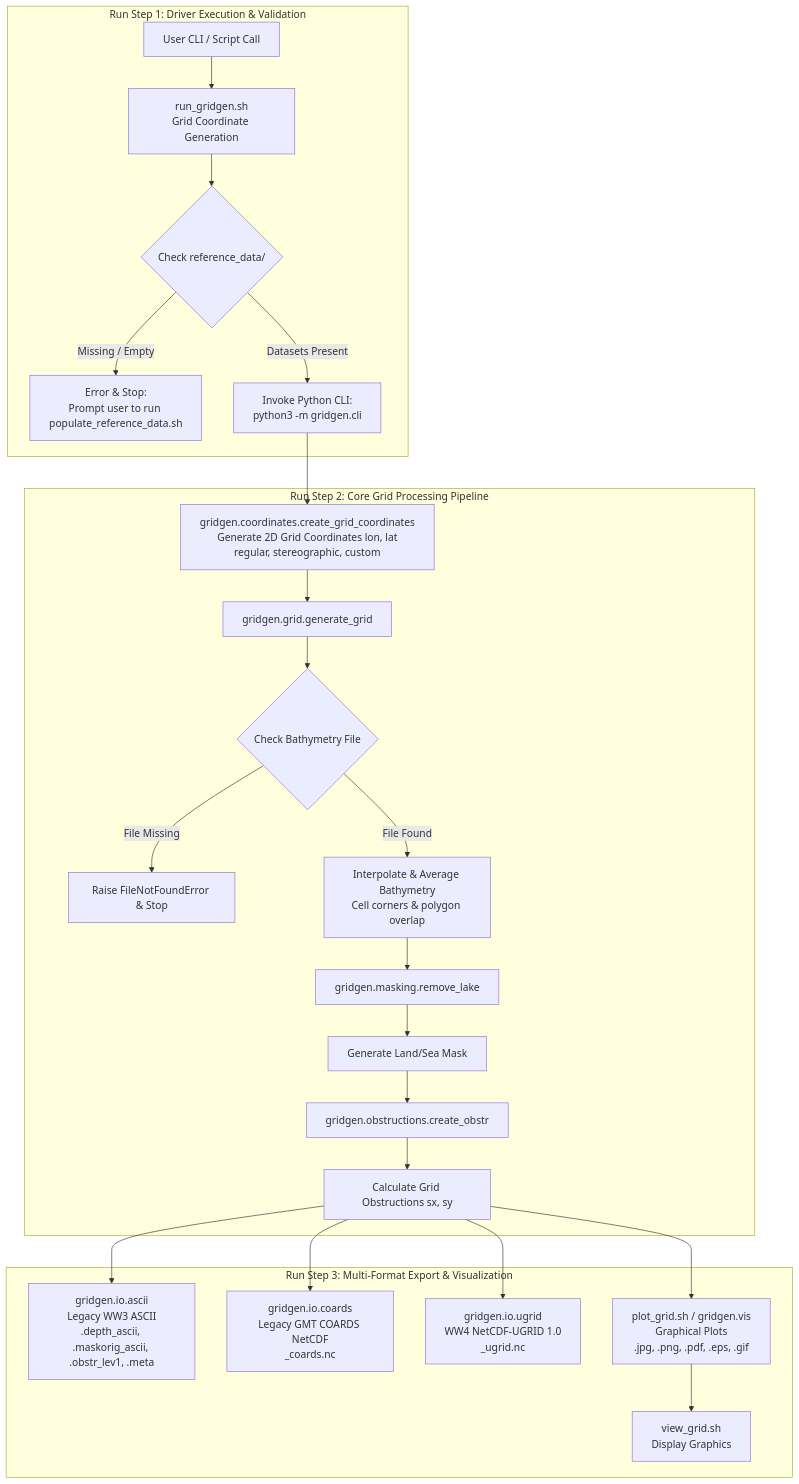
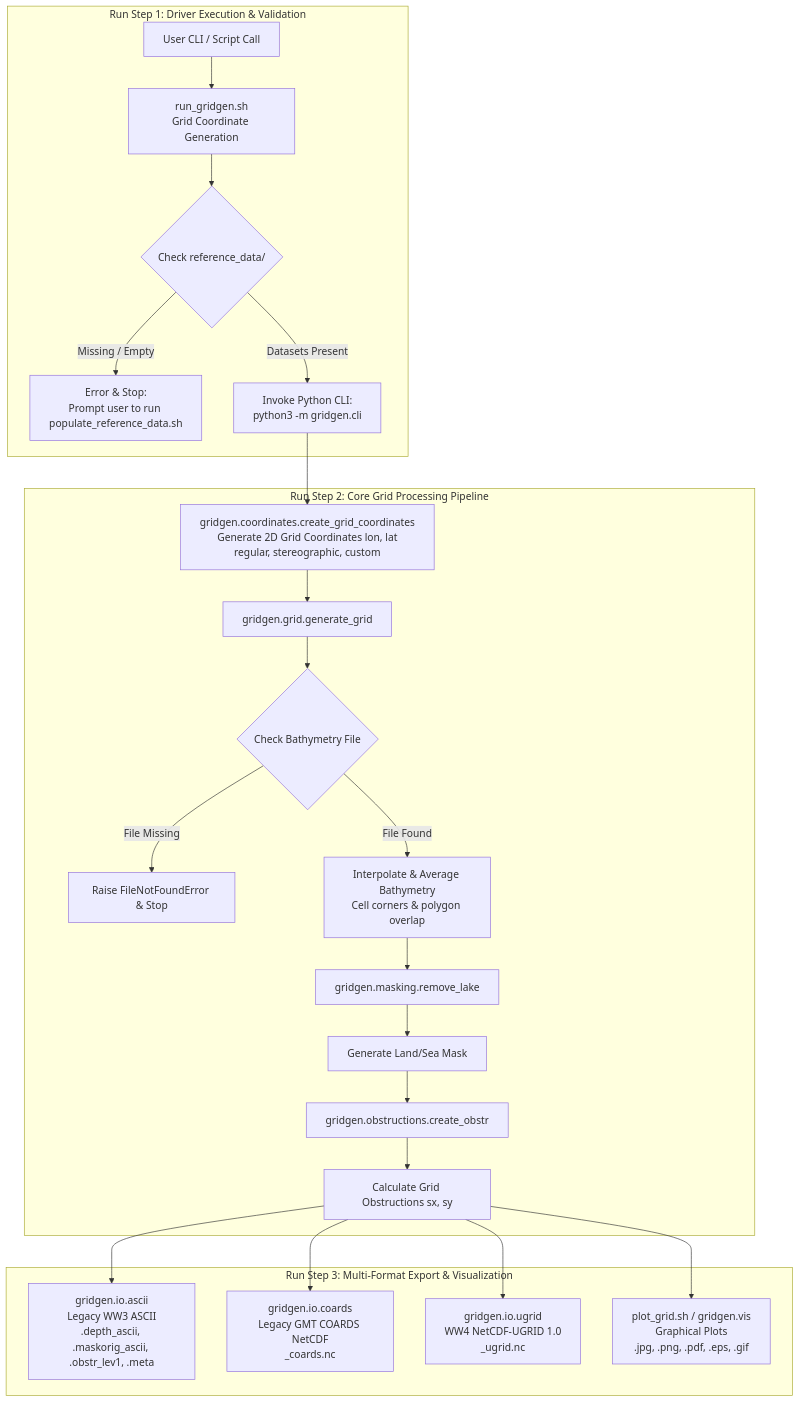
Before and after one commit to HendrikTolman-NOAA/gridgen: the second of 3 diagrams in ARCHITECTURE.md, drawn with Mermaid. The commit also changed other lines of this file and 24 other files, not shown here.

````diff
--- a/ARCHITECTURE.md
+++ b/ARCHITECTURE.md
@@ -47,31 +47,30 @@
 ```mermaid
 flowchart TD
     subgraph Run Step 1: Driver Execution & Validation
         E[User CLI / Script Call] --> F[run_gridgen.sh<br/>Grid Coordinate Generation]
         F --> G{Check reference_data/}
         G -- Missing / Empty --> H[Error & Stop:<br/>Prompt user to run populate_reference_data.sh]
         G -- Datasets Present --> I[Invoke Python CLI:<br/>python3 -m gridgen.cli]
     end
 
     subgraph Run Step 2: Core Grid Processing Pipeline
         I --> J0[gridgen.coordinates.create_grid_coordinates<br/>Generate 2D Grid Coordinates lon, lat<br/>regular, stereographic, custom]
         J0 --> J[gridgen.grid.generate_grid]
         J --> K{Check Bathymetry File}
         K -- File Missing --> L[Raise FileNotFoundError & Stop]
         K -- File Found --> M[Interpolate & Average Bathymetry<br/>Cell corners & polygon overlap]
 
         M --> N[gridgen.masking.remove_lake]
         N --> O[Generate Land/Sea Mask]
 
         O --> P[gridgen.obstructions.create_obstr]
         P --> Q[Calculate Grid Obstructions sx, sy]
     end
 
     subgraph Run Step 3: Multi-Format Export & Visualization
         Q --> R1[gridgen.io.ascii<br/>Legacy WW3 ASCII<br/>.depth_ascii, .maskorig_ascii, .obstr_lev1, .meta]
         Q --> R2[gridgen.io.coards<br/>Legacy GMT COARDS NetCDF<br/>_coards.nc]
         Q --> R3[gridgen.io.ugrid<br/>WW4 NetCDF-UGRID 1.0<br/>_ugrid.nc]
         Q --> R4[plot_grid.sh / gridgen.vis<br/>Graphical Plots<br/>.jpg, .png, .pdf, .eps, .gif]
-        R4 --> R5[view_grid.sh<br/>Display Graphics]
     end
 ```
````
